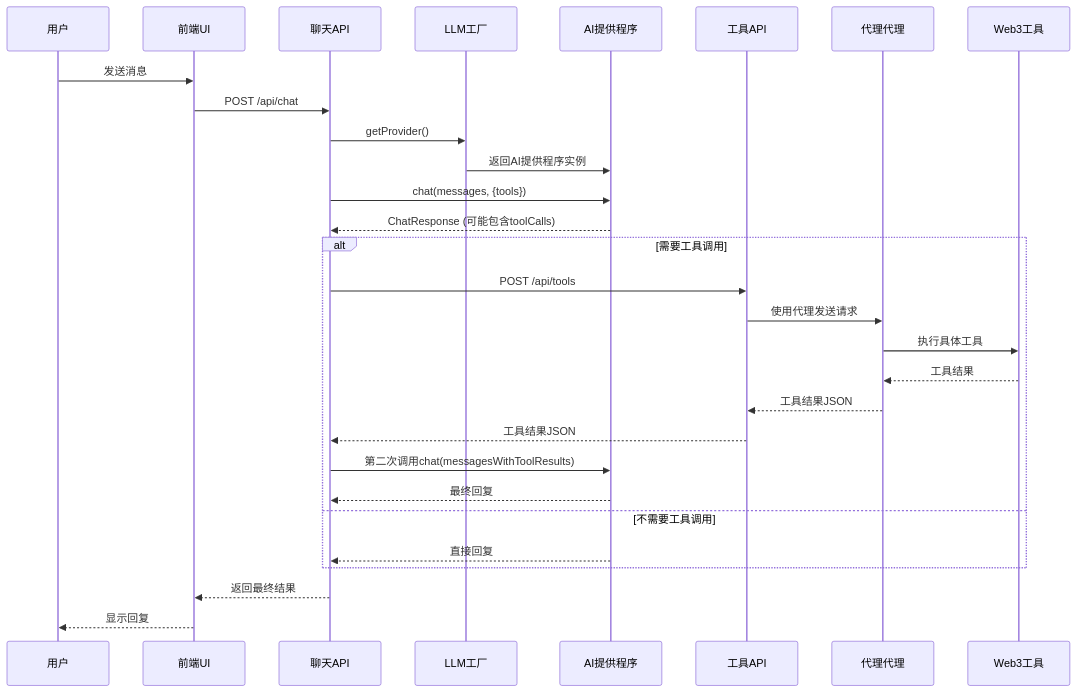
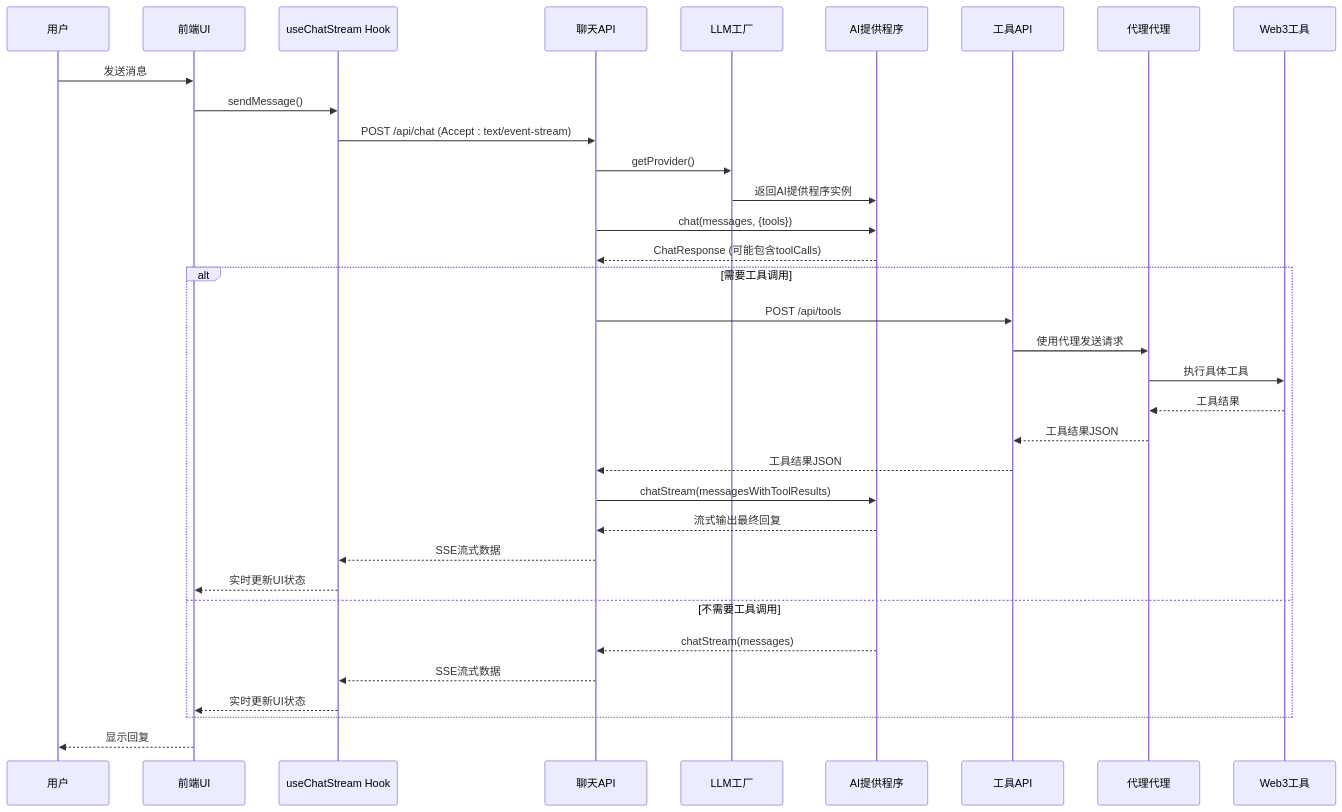
Before and after one commit to CryptoLinxu/Web3-AI-Agent: the fifth of 15 diagrams in .qoder/repowiki/zh/content/项目概述/整体架构概览/AI提供程序集成.md, drawn with Mermaid. The commit also changed other lines of this file and 5 other files, not shown here.

````diff
--- a/.qoder/repowiki/zh/content/项目概述/整体架构概览/AI提供程序集成.md
+++ b/.qoder/repowiki/zh/content/项目概述/整体架构概览/AI提供程序集成.md
@@ -268,31 +286,36 @@
 ```mermaid
 sequenceDiagram
 participant User as 用户
 participant UI as 前端UI
+participant StreamHook as useChatStream Hook
 participant ChatAPI as 聊天API
 participant Factory as LLM工厂
 participant Provider as AI提供程序
 participant ToolsAPI as 工具API
 participant ProxyAgent as 代理代理
 participant Web3Tools as Web3工具
 User->>UI : 发送消息
-UI->>ChatAPI : POST /api/chat
+UI->>StreamHook : sendMessage()
+StreamHook->>ChatAPI : POST /api/chat (Accept : text/event-stream)
 ChatAPI->>Factory : getProvider()
 Factory->>Provider : 返回AI提供程序实例
 ChatAPI->>Provider : chat(messages, {tools})
 Provider-->>ChatAPI : ChatResponse (可能包含toolCalls)
 alt 需要工具调用
 ChatAPI->>ToolsAPI : POST /api/tools
 ToolsAPI->>ProxyAgent : 使用代理发送请求
 ProxyAgent->>Web3Tools : 执行具体工具
 Web3Tools-->>ProxyAgent : 工具结果
 ProxyAgent-->>ToolsAPI : 工具结果JSON
 ToolsAPI-->>ChatAPI : 工具结果JSON
-ChatAPI->>Provider : 第二次调用chat(messagesWithToolResults)
-Provider-->>ChatAPI : 最终回复
+ChatAPI->>Provider : chatStream(messagesWithToolResults)
+Provider-->>ChatAPI : 流式输出最终回复
+ChatAPI-->>StreamHook : SSE流式数据
+StreamHook-->>UI : 实时更新UI状态
 else 不需要工具调用
-Provider-->>ChatAPI : 直接回复
+Provider-->>ChatAPI : chatStream(messages)
+ChatAPI-->>StreamHook : SSE流式数据
+StreamHook-->>UI : 实时更新UI状态
 end
-ChatAPI-->>UI : 返回最终结果
 UI-->>User : 显示回复
 ```
````
